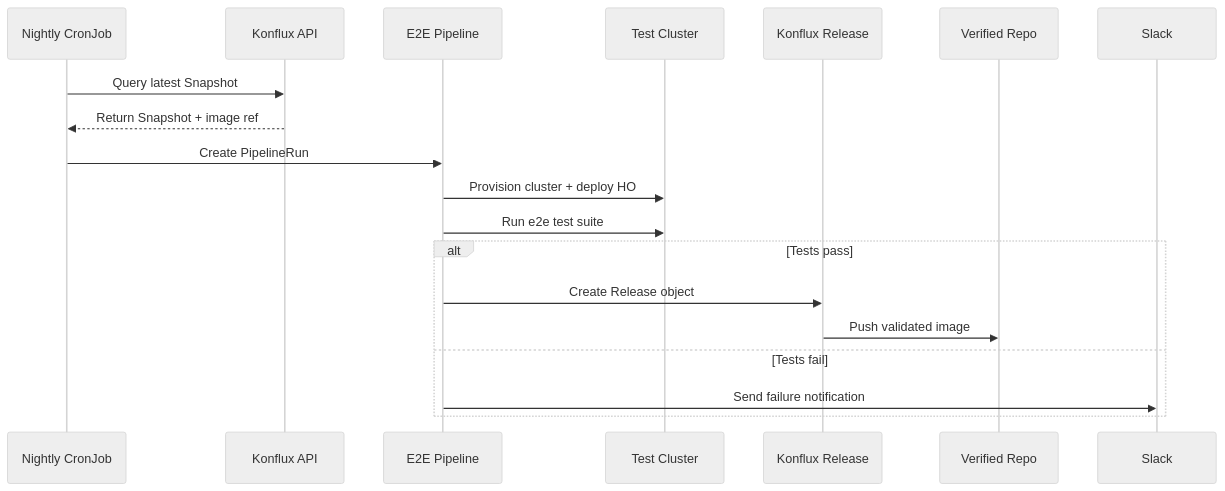
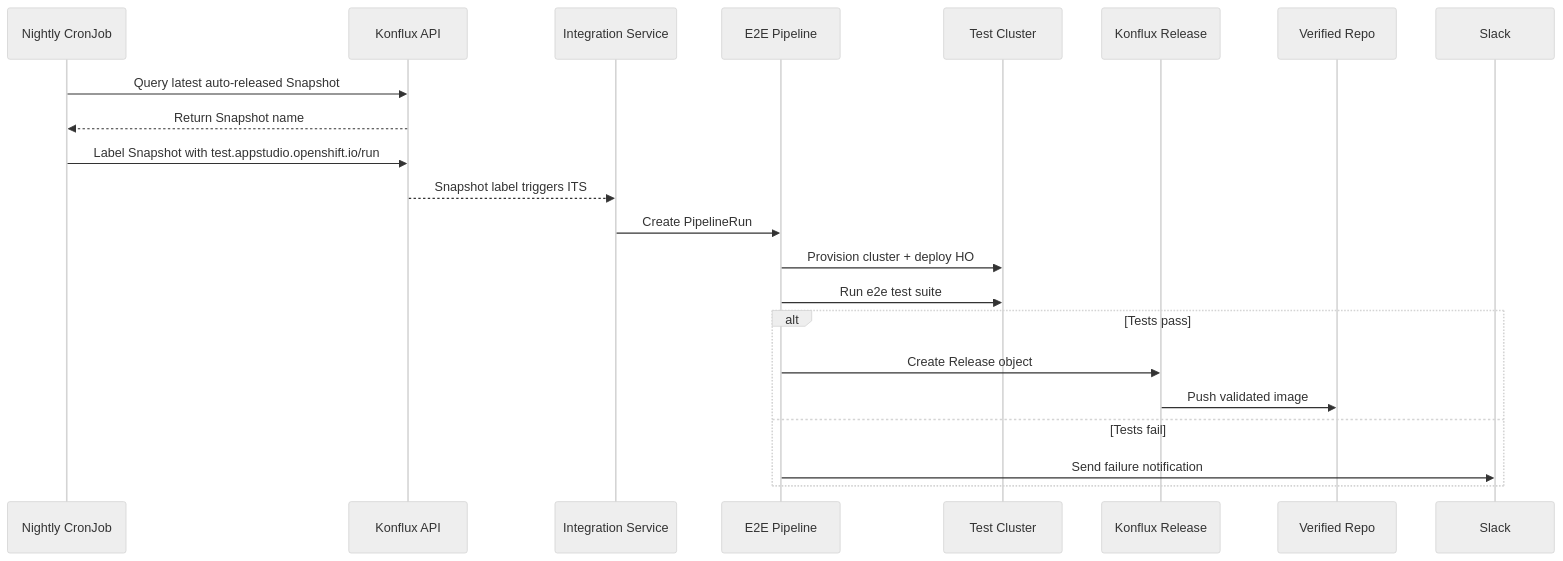
One commit to openshift/enhancements changed the third of 3 diagrams in enhancements/hypershift/konflux-release-gating-pipeline.md. Above: the diagram before and after it, drawn with Mermaid (neutral theme). The commit also changed other lines of this file, not shown here.

First line of the commit message:
Address review feedback on Konflux release gating pipeline

````diff
--- a/enhancements/hypershift/konflux-release-gating-pipeline.md
+++ b/enhancements/hypershift/konflux-release-gating-pipeline.md
@@ -119,22 +127,25 @@
 ```mermaid
 sequenceDiagram
     participant Cron as Nightly CronJob
     participant K as Konflux API
+    participant IS as Integration Service
     participant P as E2E Pipeline
     participant TC as Test Cluster
     participant Rel as Konflux Release
     participant VR as Verified Repo
     participant Slack as Slack
 
-    Cron->>K: Query latest Snapshot
-    K-->>Cron: Return Snapshot + image ref
-    Cron->>P: Create PipelineRun
+    Cron->>K: Query latest auto-released Snapshot
+    K-->>Cron: Return Snapshot name
+    Cron->>K: Label Snapshot with test.appstudio.openshift.io/run
+    K-->>IS: Snapshot label triggers ITS
+    IS->>P: Create PipelineRun
     P->>TC: Provision cluster + deploy HO
     P->>TC: Run e2e test suite
     alt Tests pass
         P->>Rel: Create Release object
         Rel->>VR: Push validated image
     else Tests fail
         P->>Slack: Send failure notification
     end
 ```
````
